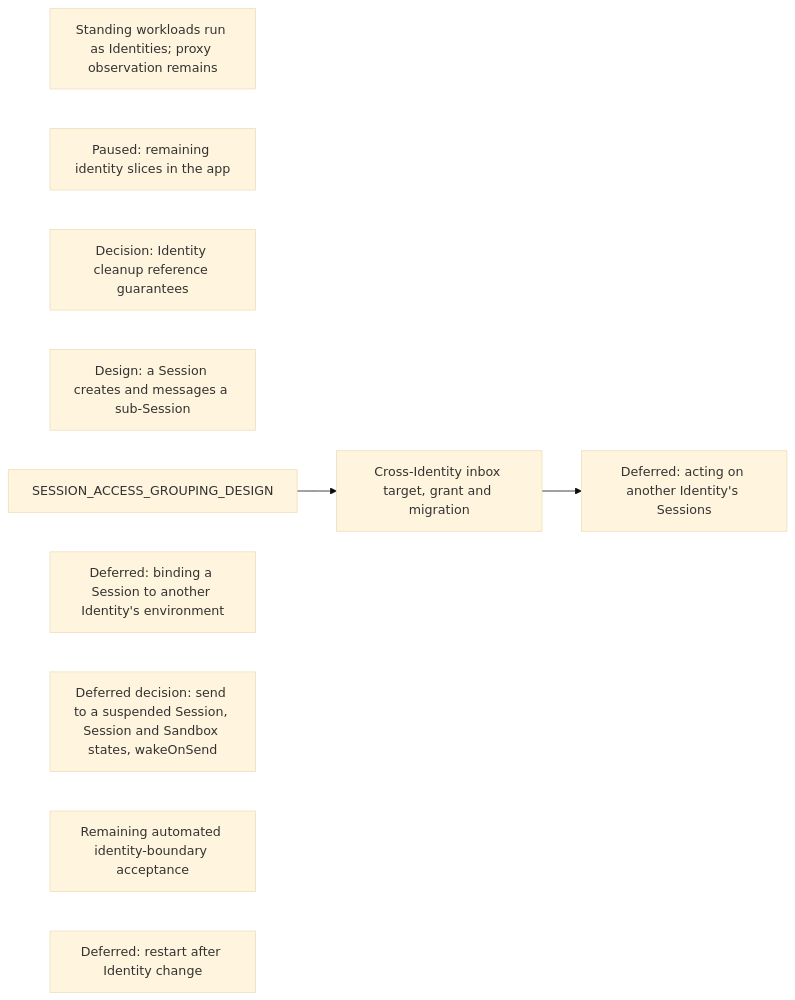
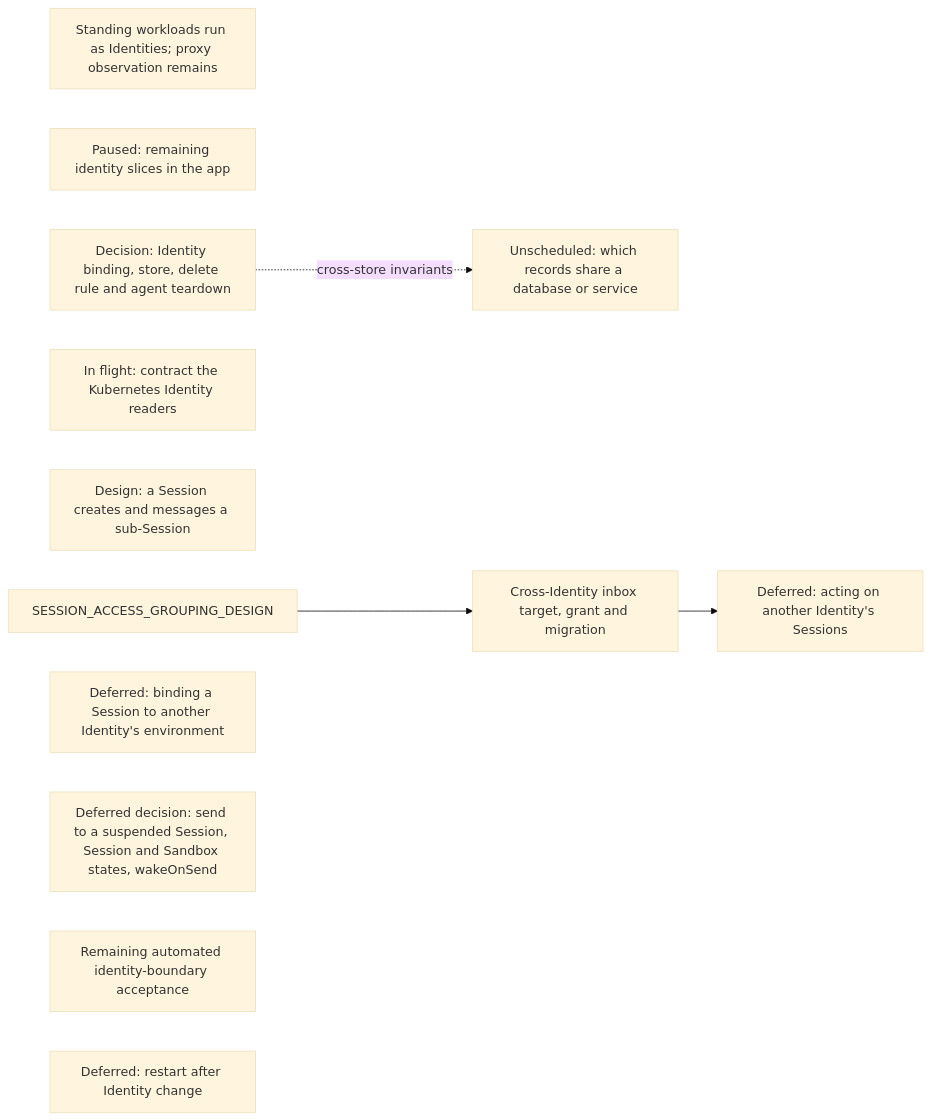
One commit to agentydragon/ducktape changed diagram 16 of 18 in agentplane/plans/task_dag.md. Above: the diagram before and after it, drawn with Mermaid (base theme). The commit also changed other lines of this file and 5 other files, not shown here.

````diff
--- a/agentplane/plans/task_dag.md
+++ b/agentplane/plans/task_dag.md
@@ -3540,13 +3548,16 @@
 ```mermaid
 flowchart LR
     STANDING_WORKLOAD_IDENTITY[Standing workloads run as Identities; proxy observation remains]
     APP_IDENTITIES_UI[Paused: remaining identity slices in the app]
-    IDENTITY_CLEANUP_REFERENCE_DECISION[Decision: Identity cleanup reference guarantees]
+    IDENTITY_OWNERSHIP_DESIGN[Decision: Identity binding, store, delete rule and agent teardown]
+    IDENTITY_READERS_BEHIND_POLICY_SERVICE[In flight: contract the Kubernetes Identity readers]
+    RECORD_COLOCATION_DESIGN[Unscheduled: which records share a database or service]
+    IDENTITY_OWNERSHIP_DESIGN -. cross-store invariants .-> RECORD_COLOCATION_DESIGN
     SESSION_SUBAGENT_DELEGATION[Design: a Session creates and messages a sub-Session]
     SESSION_ACCESS_GROUPING_DESIGN --> SESSION_IDENTITY_AUTHZ[Cross-Identity inbox target, grant and migration]
     SESSION_IDENTITY_AUTHZ --> SESSION_CROSS_IDENTITY_AUTHORITY[Deferred: acting on another Identity's Sessions]
     CROSS_IDENTITY_SESSION_BINDING[Deferred: binding a Session to another Identity's environment]
     WAKE_ON_DELIVERY_DESIGN[Deferred decision: send to a suspended Session, Session and Sandbox states, wakeOnSend]
     IDENTITY_SYSTEM_TESTS[Remaining automated identity-boundary acceptance]
     SANDBOX_IDENTITY_CHANGE_CHECKPOINT[Deferred: restart after Identity change]
 ```
````
